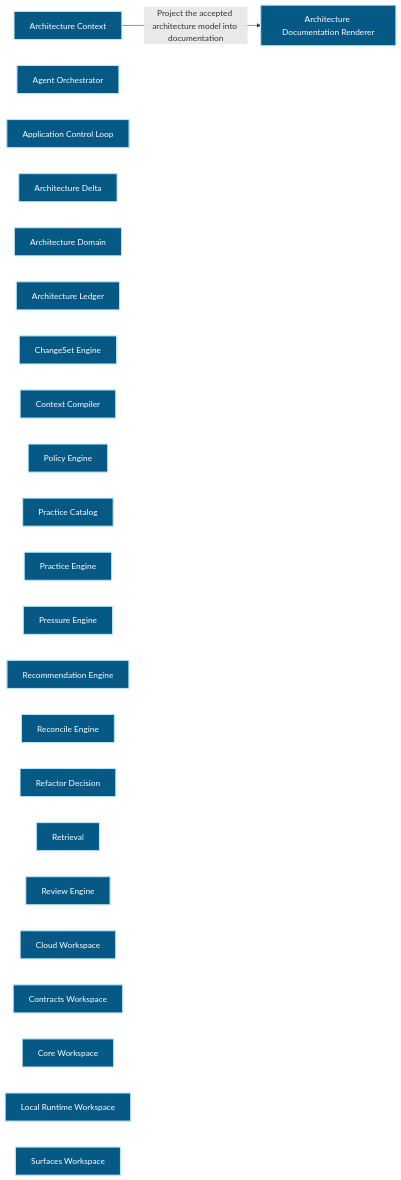
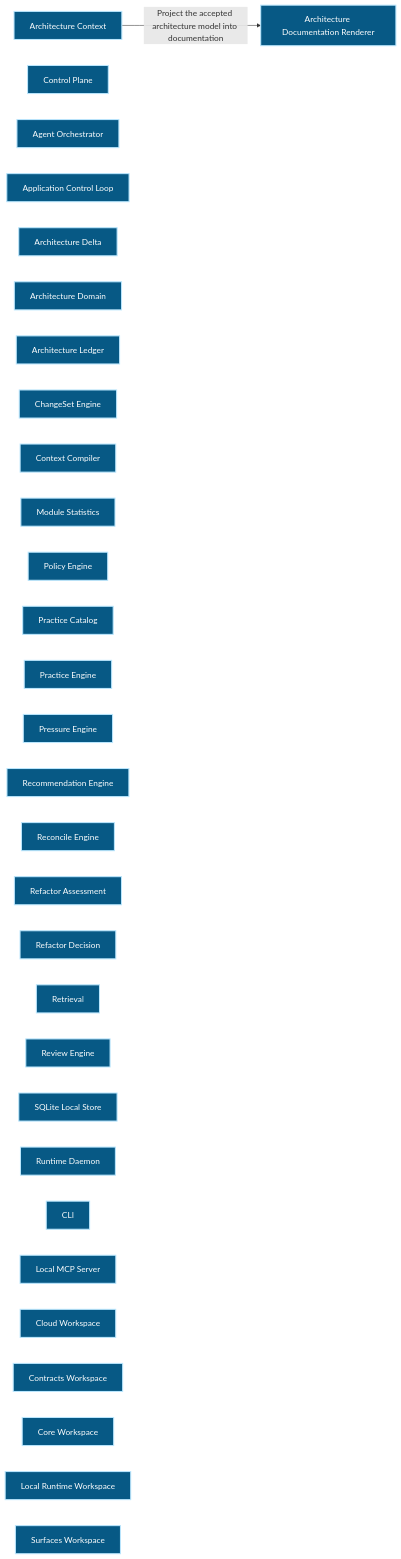
One commit to Ancienttwo/arch-context changed the first of 2 diagrams in docs/architecture/modules/capability-architecture-context.md. Above: the diagram before and after it, drawn with Mermaid. The commit also changed other lines of this file and 35 other files, not shown here.

First line of the commit message:
feat(model): own key runtime, surface and cloud components (#163)

````diff
--- a/docs/architecture/modules/capability-architecture-context.md
+++ b/docs/architecture/modules/capability-architecture-context.md
@@ -16,31 +16,38 @@
 ```mermaid
 flowchart LR
   p1_capability_architecture_context_19e55d58["Architecture Context"]:::component
+  p1_component_architecture_context_cloud_control_plane_fa0969fd["Control Plane"]:::component
   p1_component_architecture_context_core_agent_orchestrator_dd368317["Agent Orchestrator"]:::component
   p1_component_architecture_context_core_application_8edab11b["Application Control Loop"]:::component
   p1_component_architecture_context_core_architecture_delta_4d719c08["Architecture Delta"]:::component
   p1_component_architecture_context_core_architecture_domain_29cf2d22["Architecture Domain"]:::component
   p1_component_architecture_context_core_architecture_ledger_248e87de["Architecture Ledger"]:::component
   p1_component_architecture_context_core_changeset_engine_2bed514f["ChangeSet Engine"]:::component
   p1_component_architecture_context_core_context_compiler_95b39da0["Context Compiler"]:::component
+  p1_component_architecture_context_core_module_statistics_8c73f017["Module Statistics"]:::component
   p1_component_architecture_context_core_policy_engine_9bd2938f["Policy Engine"]:::component
   p1_component_architecture_context_core_practice_catalog_8597299c["Practice Catalog"]:::component
   p1_component_architecture_context_core_practice_engine_d354078b["Practice Engine"]:::component
   p1_component_architecture_context_core_pressure_engine_5893cda8["Pressure Engine"]:::component
   p1_component_architecture_context_core_recommendation_engine_bb326e86["Recommendation Engine"]:::component
   p1_component_architecture_context_core_reconcile_engine_9ad7a924["Reconcile Engine"]:::component
+  p1_component_architecture_context_core_refactor_assessment_3ccf5012["Refactor Assessment"]:::component
   p1_component_architecture_context_core_refactor_decision_d3de1854["Refactor Decision"]:::component
   p1_component_architecture_context_core_retrieval_3cb3b2c1["Retrieval"]:::component
   p1_component_architecture_context_core_review_engine_f590debf["Review Engine"]:::component
+  p1_component_architecture_context_local_runtime_local_store_sqlite_cd341e9b["SQLite Local Store"]:::component
+  p1_component_architecture_context_local_runtime_runtime_daemon_edb1d9b0["Runtime Daemon"]:::component
   p1_component_architecture_context_projection_renderer_53dbb119["Architecture Documentation Renderer"]:::component
+  p1_component_architecture_context_surfaces_cli_c2747804["CLI"]:::component
+  p1_component_architecture_context_surfaces_mcp_local_d11d91ff["Local MCP Server"]:::component
   p1_module_architecture_context_cloud_8901d681["Cloud Workspace"]:::component
   p1_module_architecture_context_contracts_c9d1ed3f["Contracts Workspace"]:::component
   p1_module_architecture_context_core_2f786c1e["Core Workspace"]:::component
   p1_module_architecture_context_local_runtime_d4d4d218["Local Runtime Workspace"]:::component
   p1_module_architecture_context_surfaces_7bec6277["Surfaces Workspace"]:::component
   p1_capability_architecture_context_19e55d58 -->|"Project the accepted architecture model into documentation"| p1_component_architecture_context_projection_renderer_53dbb119
   classDef actor fill:#111827,color:#ffffff,stroke:#f9fafb,stroke-width:2px
   classDef component fill:#075985,color:#ffffff,stroke:#bae6fd,stroke-width:2px
   classDef datastore fill:#3f6212,color:#ffffff,stroke:#d9f99d,stroke-width:2px
   classDef external fill:#7c2d12,color:#ffffff,stroke:#fed7aa,stroke-width:2px
 ```
````
